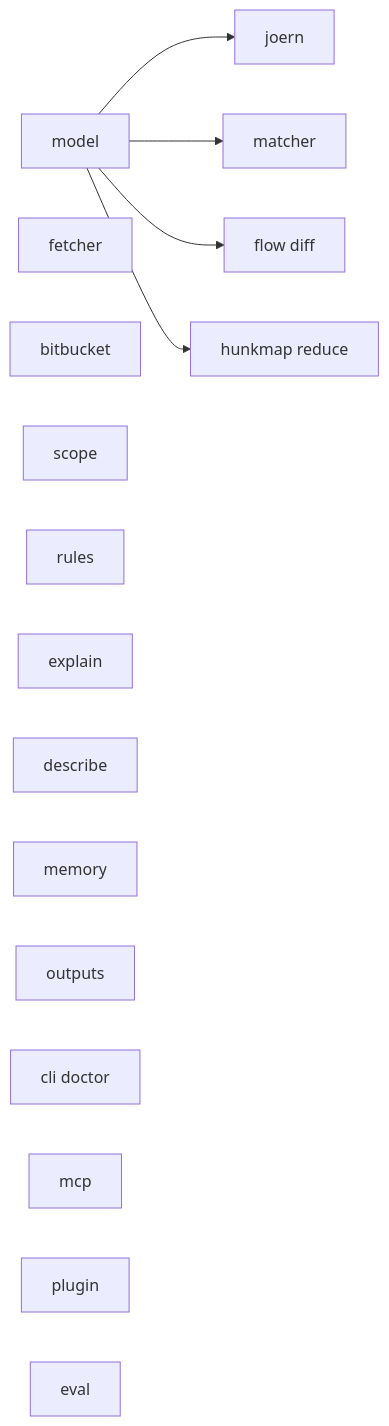
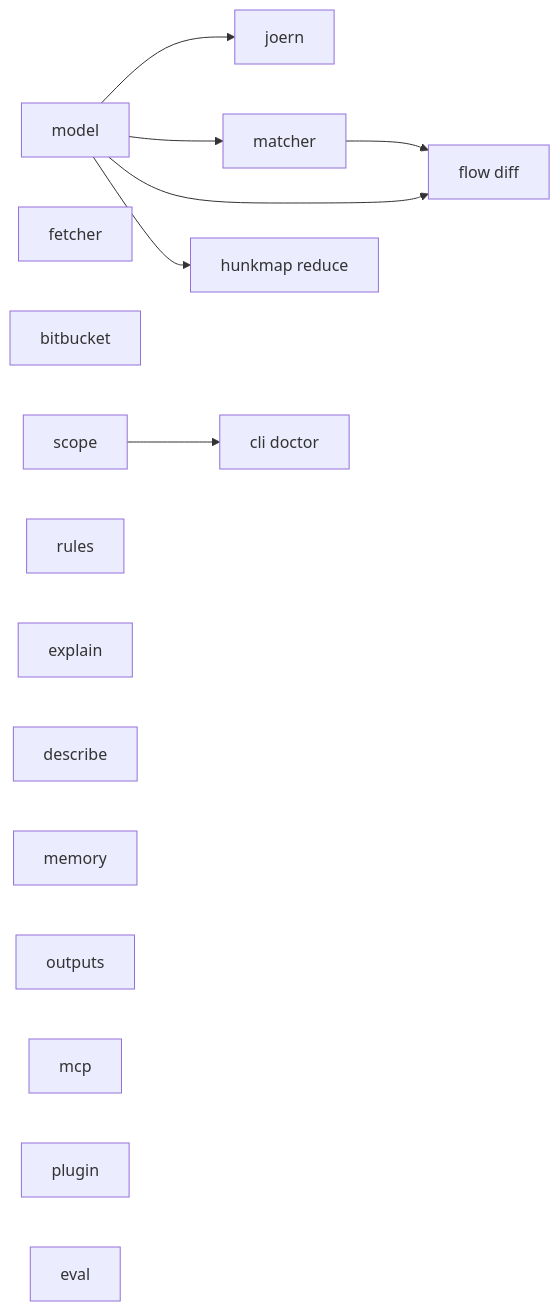
Before and after one commit to iha2/witness: the second of 2 diagrams in docs/plans/2026-11-14-witness-build.md, drawn with Mermaid. The commit also changed other lines of this file and 66 other files, not shown here.

First line of the commit message:
Witness v1 build: witness analyze diffs Joern graphs and explains each hunk

````diff
--- a/docs/plans/2026-11-14-witness-build.md
+++ b/docs/plans/2026-11-14-witness-build.md
@@ -49,25 +49,27 @@
 ```mermaid
 flowchart LR
   T2[model]
   T3[fetcher]
   T4[bitbucket]
   T5[scope]
   T6[joern]
   T7[rules]
   T8[matcher]
   T9[flow diff]
   T10[hunkmap reduce]
   T11[explain]
   T12[describe]
   T13[memory]
   T14[outputs]
   T15[cli doctor]
   T16[mcp]
   T17[plugin]
   T18[eval]
   %% taskgraph
   T2 --> T6
   T2 --> T8
   T2 --> T9
   T2 --> T10
+  T8 --> T9
+  T5 --> T15
 ```
````
